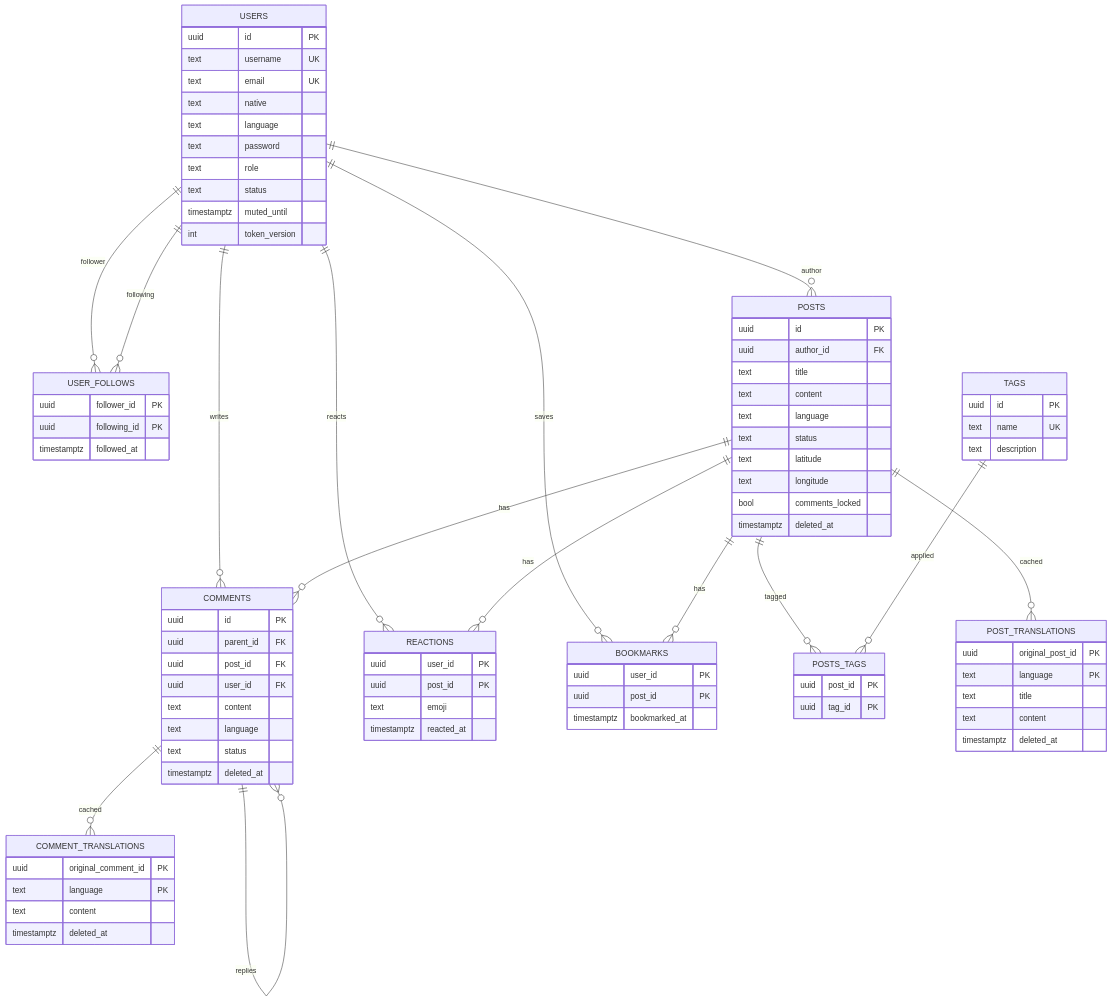
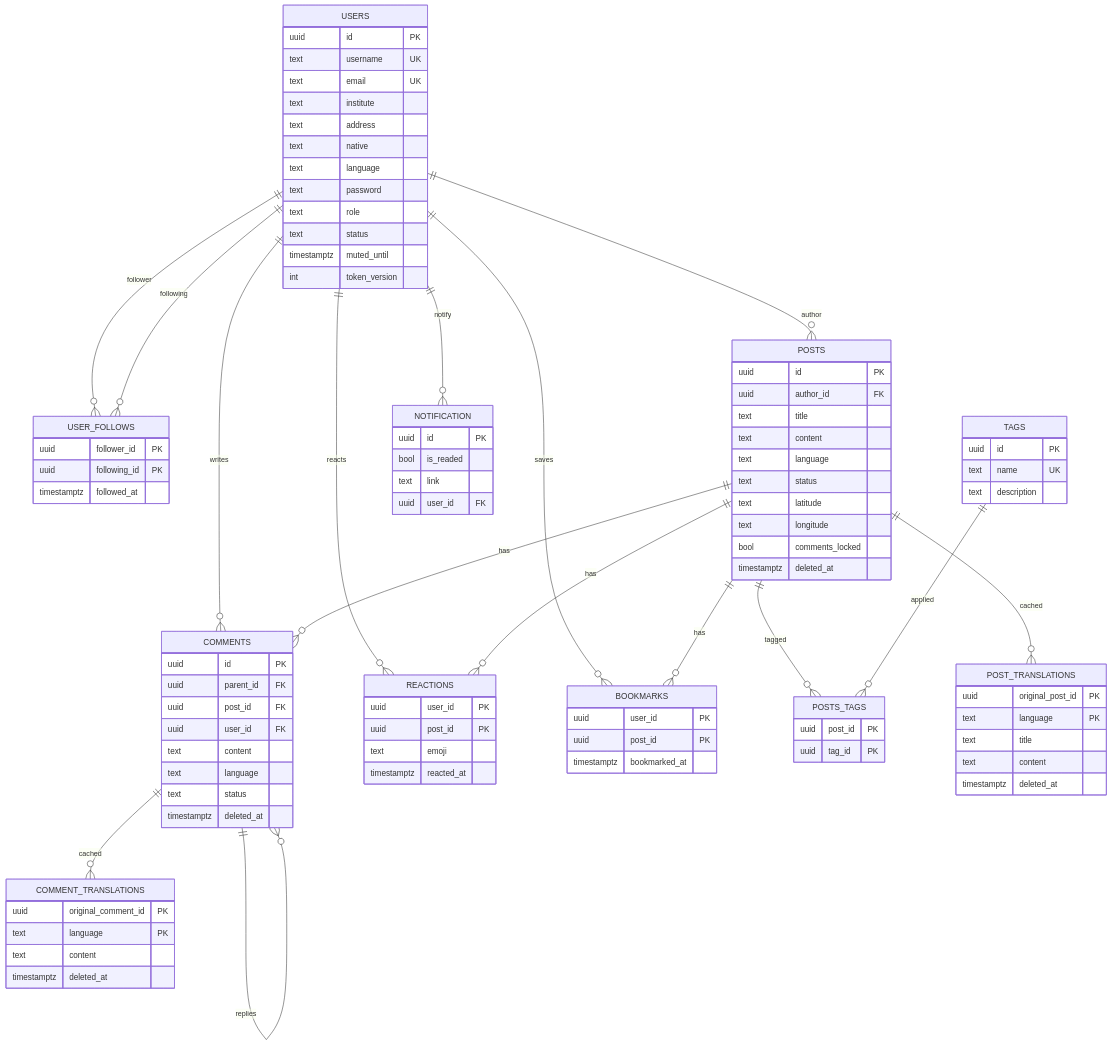
One commit to CNVN2024-2-Boiz/etsubi changed the diagram in docs/src/content/Entities.md. Above: the diagram before and after it, drawn with Mermaid. The commit also changed 2 other files, not shown here.

Commit message:
feat: allow duplicated username

```diff
--- a/docs/src/content/Entities.md
+++ b/docs/src/content/Entities.md
@@ -8,6 +8,8 @@
         uuid id PK
         text username UK
         text email UK
+        text institute 
+        text address
         text native
         text language
         text password
@@ -76,6 +78,12 @@
         text content
         timestamptz deleted_at
     }
+    NOTIFICATION {
+        uuid id PK
+        bool is_readed 
+        text link
+        uuid user_id FK
+    }
 
     USERS ||--o{ POSTS : author
     USERS ||--o{ COMMENTS : writes
@@ -83,6 +91,7 @@
     USERS ||--o{ BOOKMARKS : saves
     USERS ||--o{ USER_FOLLOWS : follower
     USERS ||--o{ USER_FOLLOWS : following
+    USERS ||--o{ NOTIFICATION : notify
     POSTS ||--o{ COMMENTS : has
     POSTS ||--o{ REACTIONS : has
     POSTS ||--o{ BOOKMARKS : has
```
